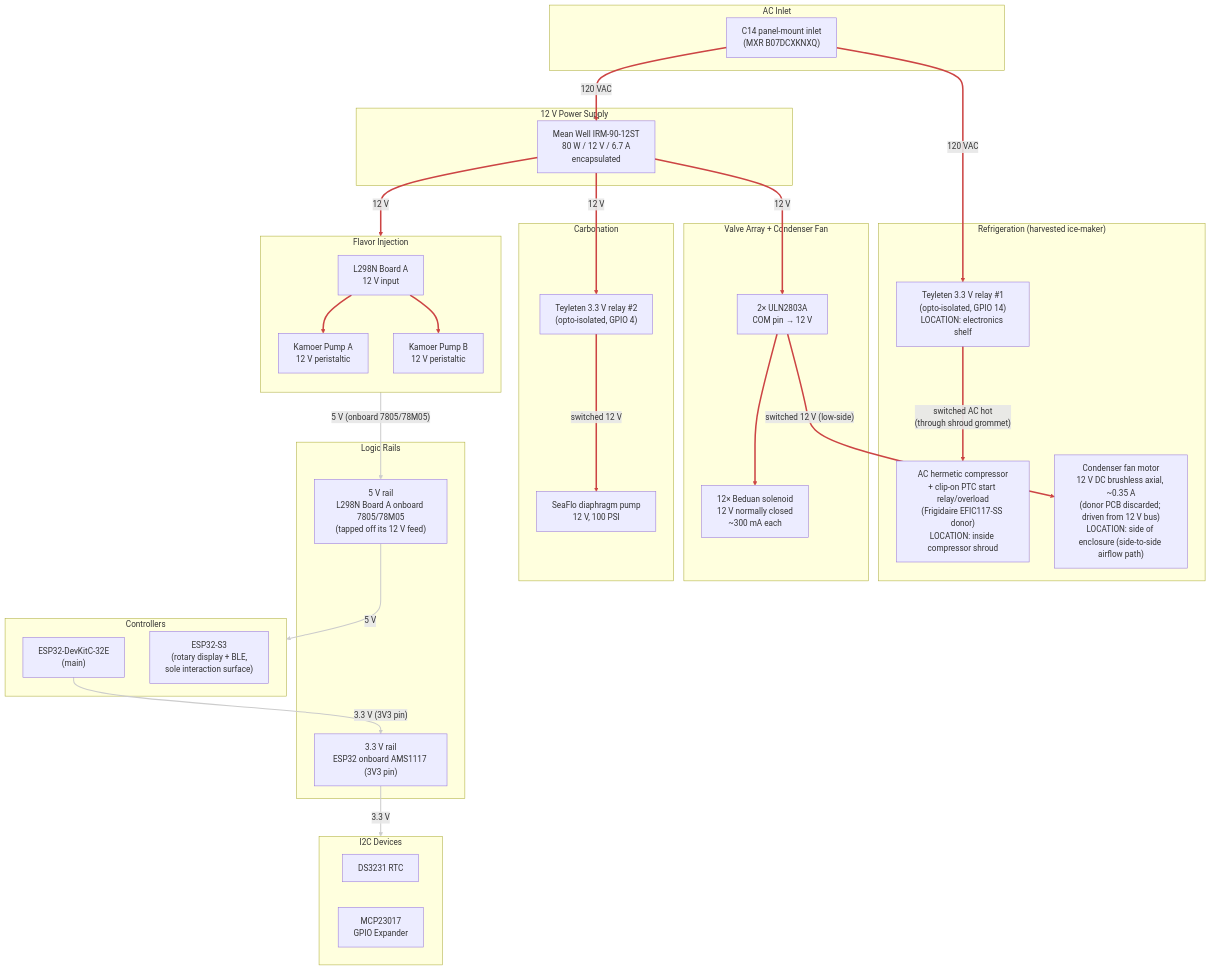
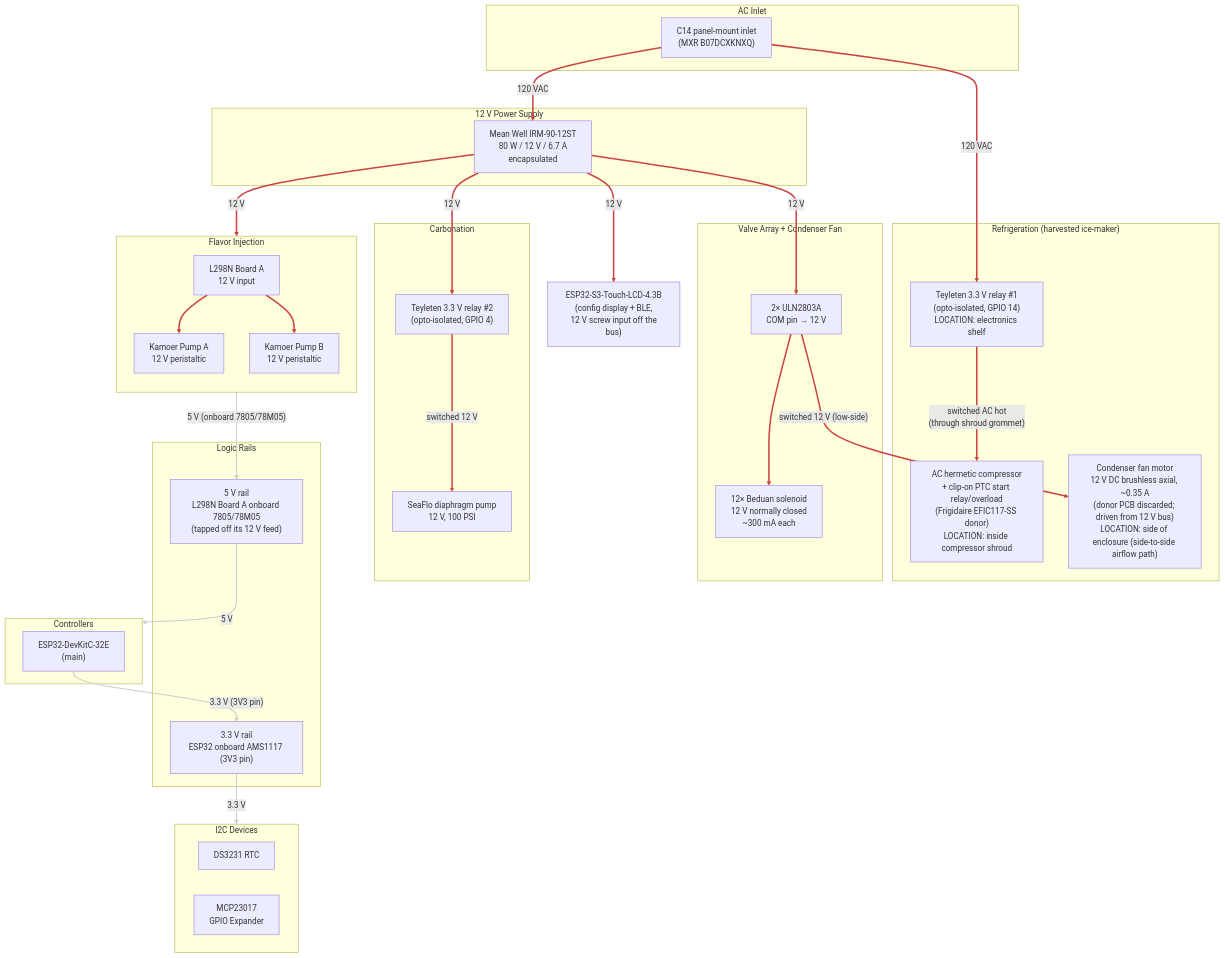
Before and after one commit to derekbreden/homesodamachine: the diagram in hardware/wiring/power.mmd, drawn with Mermaid. The commit also changed 9 other files, not shown here.

First line of the commit message:
docs(wiring): config display rotary→4.3B / RS485 / 12 V across topology docs

```diff
--- a/hardware/wiring/power.mmd
+++ b/hardware/wiring/power.mmd
@@ -1,129 +1,132 @@
 flowchart TD
 
   %% Power Distribution (current plan).
   %% 120 VAC mains in via C14 inlet; Mean Well 12 V PSU supplies the
   %% 12 V bus for everything except the compressor itself, which runs
   %% on switched mains via Teyleten relay #1 (ESP32 GPIO 14). The 12 V
   %% diaphragm pump is gated by Teyleten relay #2 (ESP32 GPIO 4) so
   %% firmware can keep refill off during an active dispense.
   %% The 5 V logic rail is the L298N Board A onboard 7805/78M05, made
-  %% from the 12 V at its VS input; it powers the ESP32 boards and the
+  %% from the 12 V at its VS input; it powers the base ESP32 and the
   %% relay VCC. The ESP32's onboard AMS1117 supplies 3.3 V on its 3V3
   %% pin to the I2C devices.
   %% Physical placement:
   %% - The C14 inlet, AC distribution, PSU, both Teyleten relays, the
   %%   ESP32, MCP23017, ULN2803A pair, and L298N all sit on a single
   %%   electronics shelf at the top-back of the enclosure, behind the
   %%   rear-panel C14 inlet.
   %% - The compressor sits middle-bottom inside a fire-rated metal
   %%   shroud (because the appliance is going into kitchens used by
   %%   friends, family, and customers the founder knows by name, and
   %%   safe handling of the R-600a charge is what UL 60335-2-89
   %%   actually requires); its clip-on PTC start relay + overload
   %%   module is co-located with the compressor body inside the shroud.
   %% - Teyleten relay #1 stays on the SHELF, OUTSIDE the shroud.
   %%   Only switched AC enters the shroud (one wire bundle through one
   %%   grommet: switched H + N + chassis G). This avoids placing an
   %%   arcing contact inside the protected hydrocarbon-refrigerant
   %%   compartment.
   %% - The condenser fan motor is on the side of the enclosure
   %%   (the side-to-side intake → condenser → exhaust airflow path)
   %%   and is OUTSIDE the shroud. It is a 12 V DC brushless axial
   %%   fan: the donor ice maker's own PCB regulated mains to 12 V
   %%   to drive it (factory wiring was never AC on the fan itself),
   %%   so on harvest we discard the donor PCB and drive the fan
   %%   from our own 12 V bus. Low-side switched via one channel of
   %%   ULN2803A #2 driven from MCP23017 0x21 PA4 — same pattern as
   %%   the solenoid valves. Firmware turns it on/off in lockstep
   %%   with the compressor.
   %% See `ac-wiring-schedule.md` for run-by-run gauges + lengths and
   %% `../cut-parts/compressor-shroud/` for the shroud part.
 
   subgraph AC_Inlet["AC Inlet"]
     C14["C14 panel-mount inlet\n(MXR B07DCXKNXQ)"]
   end
 
   subgraph Supply["12 V Power Supply"]
     PSU["Mean Well IRM-90-12ST\n80 W / 12 V / 6.7 A\nencapsulated"]
   end
 
   subgraph Refrigeration["Refrigeration  (harvested ice-maker)"]
     RELAY["Teyleten 3.3 V relay #1\n(opto-isolated, GPIO 14)\nLOCATION: electronics shelf"]
     COMP_AC["AC hermetic compressor\n+ clip-on PTC start relay/overload\n(Frigidaire EFIC117-SS donor)\nLOCATION: inside compressor shroud"]
     COND_FAN["Condenser fan motor\n12 V DC brushless axial, ~0.35 A\n(donor PCB discarded; driven from 12 V bus)\nLOCATION: side of enclosure (side-to-side airflow path)"]
     RELAY ==>|"switched AC hot\n(through shroud grommet)"| COMP_AC
   end
 
   subgraph Valve_Power["Valve Array + Condenser Fan"]
     ULN["2× ULN2803A\nCOM pin → 12 V"]
     VALVES["12× Beduan solenoid\n12 V normally closed\n~300 mA each"]
     ULN ==> VALVES
   end
 
   subgraph Carbonation["Carbonation"]
     DIA_RELAY["Teyleten 3.3 V relay #2\n(opto-isolated, GPIO 4)"]
     DIA_PUMP["SeaFlo diaphragm pump\n12 V, 100 PSI"]
     DIA_RELAY ==>|"switched 12 V"| DIA_PUMP
   end
 
   subgraph Regulation["Logic Rails"]
     REG_5V["5 V rail\nL298N Board A onboard 7805/78M05\n(tapped off its 12 V feed)"]
     REG_3V3["3.3 V rail\nESP32 onboard AMS1117 (3V3 pin)"]
   end
 
   subgraph Flavor["Flavor Injection"]
     direction TB
     L298["L298N Board A\n12 V input"]
     PUMP_A["Kamoer Pump A\n12 V peristaltic"]
     PUMP_B["Kamoer Pump B\n12 V peristaltic"]
     L298 ==> PUMP_A
     L298 ==> PUMP_B
   end
 
   %% Condenser fan rides the same low-side switching pattern as the
   %% solenoid valves: one ULN2803A #2 channel (driven from MCP23017
   %% 0x21 PA4) sinks the fan's return when commanded. Crossing the
   %% subgraph boundary is intentional — the fan is semantically part
   %% of Refrigeration, but its switching topology is the valve pattern.
   ULN ==>|"switched 12 V (low-side)"| COND_FAN
 
   subgraph MCUs["Controllers"]
     ESP32["ESP32-DevKitC-32E\n(main)"]
-    S3["ESP32-S3\n(rotary display + BLE,\n sole interaction surface)"]
   end
+
+  CFG["ESP32-S3-Touch-LCD-4.3B\n(config display + BLE,\n 12 V screw input off the bus)"]
 
   subgraph I2C_Devices["I2C Devices"]
     RTC["DS3231 RTC"]
     MCP["MCP23017\nGPIO Expander"]
   end
 
   %% AC distribution (hot leg)
   C14 ==>|"120 VAC"| RELAY
   C14 ==>|"120 VAC"| PSU
 
   %% 12 V distribution
   PSU ==>|"12 V"| DIA_RELAY
   PSU ==>|"12 V"| L298
   PSU ==>|"12 V"| ULN
+  PSU ==>|"12 V"| CFG
 
   %% Logic rails (derived on-board, not dedicated parts)
   L298 -->|"5 V (onboard 7805/78M05)"| REG_5V
   REG_5V -->|"5 V"| MCUs
   ESP32 -->|"3.3 V (3V3 pin)"| REG_3V3
   REG_3V3 -->|"3.3 V"| I2C_Devices
 
   %% Power paths (red, thick).
   %% 0    = relay #1 -> compressor (switched AC, through shroud)
   %% 1    = Teyleten relay #2 -> diaphragm pump (switched 12 V)
   %% 2-3  = L298 -> peristaltic pumps
   %% 4    = ULN2803A -> solenoid valves
   %% 5    = ULN2803A -> condenser fan (switched 12 V, low-side)
   %% 6-7  = C14 -> relay #1, C14 -> PSU (AC mains)
   %% 8-10 = PSU 12 V trunk to diaphragm relay, L298N, ULN2803A
-  linkStyle 0,1,2,3,4,5,6,7,8,9,10 stroke:#c44,stroke-width:3px
+  %% 11   = PSU 12 V -> 4.3B config display
+  linkStyle 0,1,2,3,4,5,6,7,8,9,10,11 stroke:#c44,stroke-width:3px
   %% Logic rails (5 V, 3.3 V), derived on-board: white workhorse.
-  %% 11 = L298N onboard reg -> 5 V rail
-  %% 12 = 5 V rail -> MCUs
-  %% 13 = ESP32 onboard AMS1117 (3V3 pin) -> 3.3 V rail
-  %% 14 = 3.3 V rail -> I2C devices
-  linkStyle 11,12,13,14 stroke:#ccc,stroke-width:2px
+  %% 12 = L298N onboard reg -> 5 V rail
+  %% 13 = 5 V rail -> MCUs
+  %% 14 = ESP32 onboard AMS1117 (3V3 pin) -> 3.3 V rail
+  %% 15 = 3.3 V rail -> I2C devices
+  linkStyle 12,13,14,15 stroke:#ccc,stroke-width:2px
```
